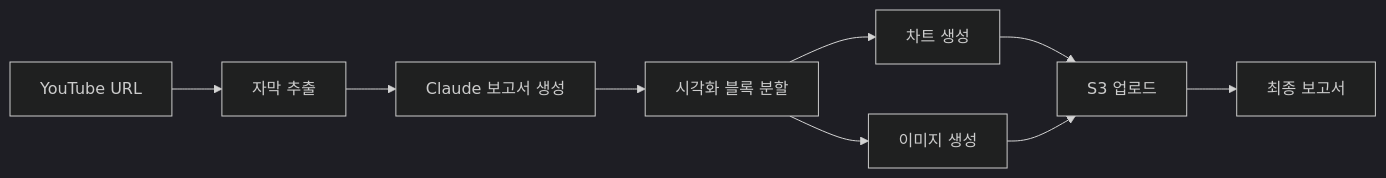
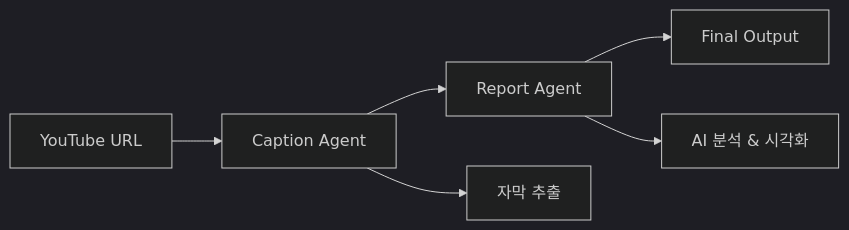
One commit to AWS-CloudSchool-8th/youtube-reporter changed the diagram in README.md. Above: the diagram before and after it, drawn with Mermaid (dark theme). The commit also changed other lines of this file and 52 other files, not shown here.

````diff
--- a/README.md
+++ b/README.md
@@ -23,11 +121,9 @@
 ```mermaid
 graph LR
-    A[YouTube URL] --> B[자막 추출]
-    B --> C[Claude 보고서 생성]
-    C --> D[시각화 블록 분할]
-    D --> E[차트 생성]
-    D --> F[이미지 생성]
-    E --> G[S3 업로드]
-    F --> G
-    G --> H[최종 보고서]
+    A[YouTube URL] --> B[Caption Agent]
+    B --> C[Report Agent]
+    C --> D[Final Output]
+    
+    B --> E[자막 추출]
+    C --> F[AI 분석 & 시각화]
 ```
````
